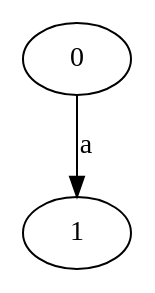
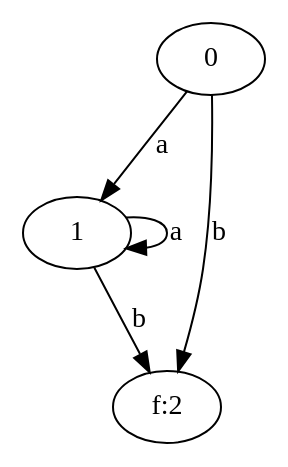
The diagram in Digraph.gv (GSWlee/re-engine), drawn with Graphviz before and after one commit. The commit also changed 10 other files, not shown here.

```diff
--- a/Digraph.gv
+++ b/Digraph.gv
@@ -1,5 +1,9 @@
 digraph {
 	0 [label=0]
 	1 [label=1]
+	2 [label="f:2"]
 	0 -> 1 [label=a]
+	0 -> 2 [label=b]
+	1 -> 1 [label=a]
+	1 -> 2 [label=b]
 }
```
